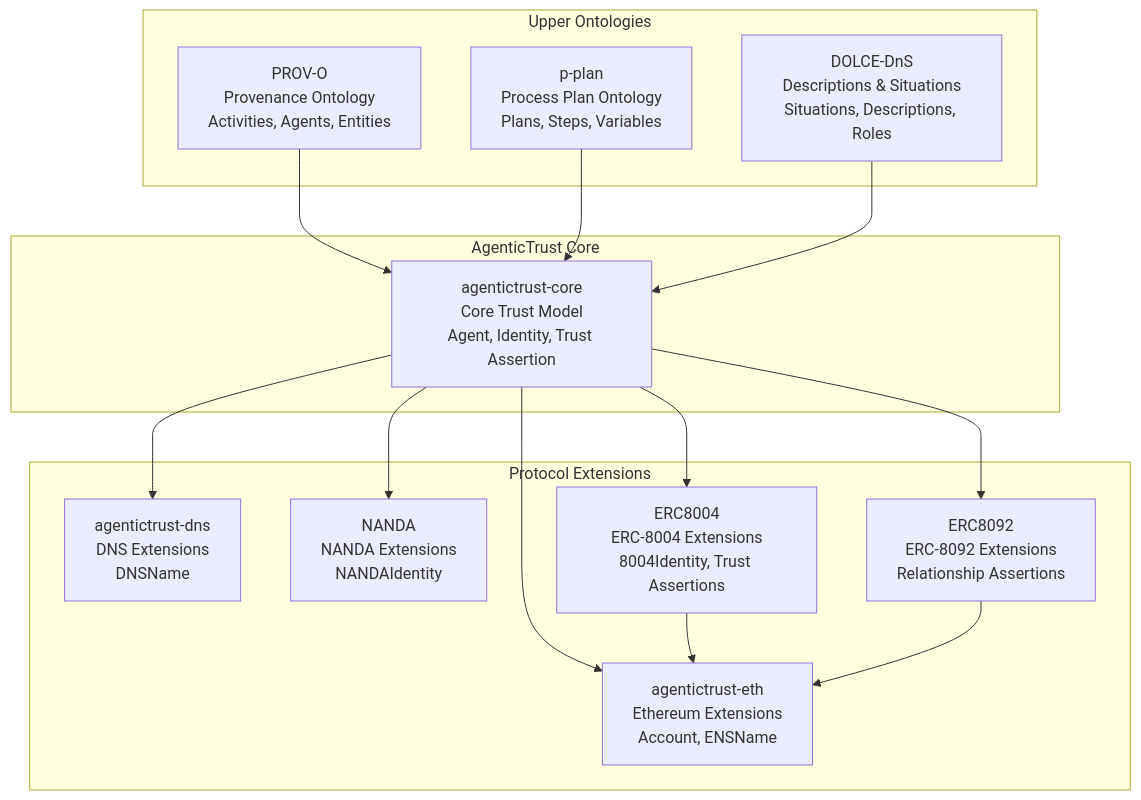
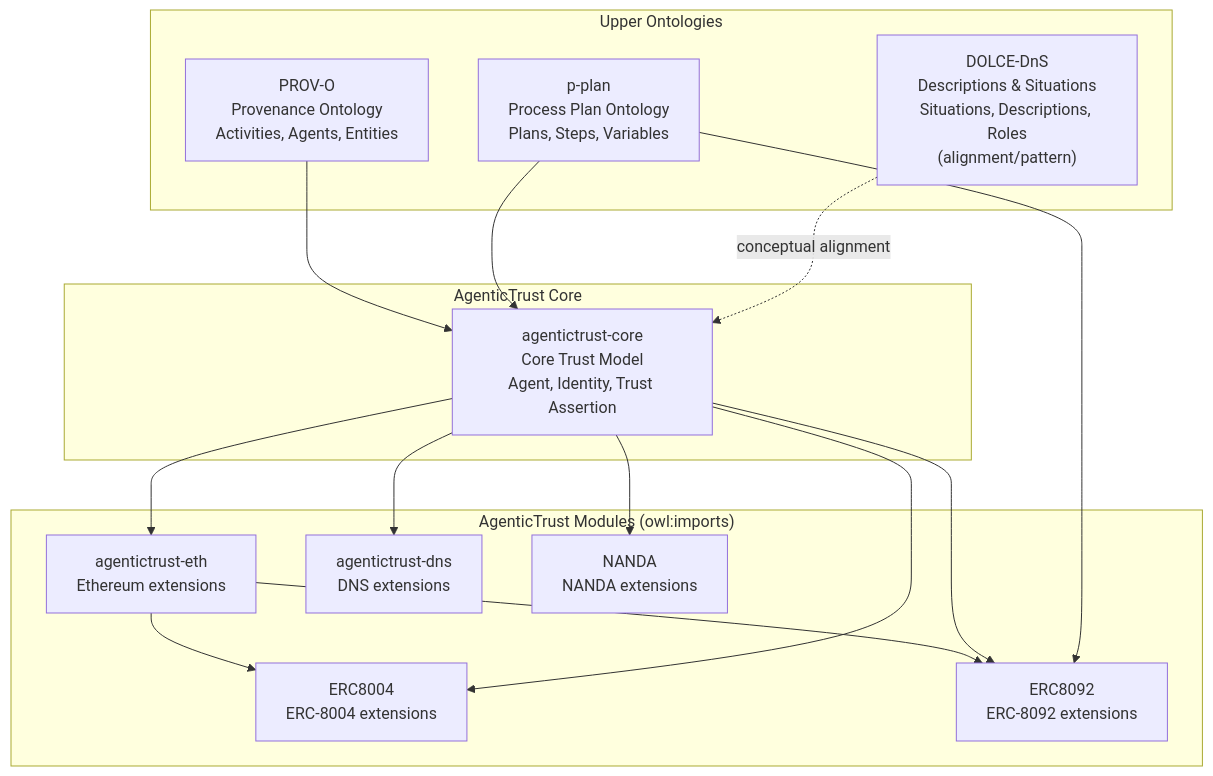
The diagram in docs/ontology/README.md (Agentic-Trust-Layer/agent-explorer), drawn with Mermaid before and after one commit. The commit also changed other lines of this file, not shown here.

````diff
--- a/docs/ontology/README.md
+++ b/docs/ontology/README.md
@@ -89,33 +77,34 @@
 ```mermaid
 graph TB
     subgraph "Upper Ontologies"
         PROV["PROV-O<br/>Provenance Ontology<br/>Activities, Agents, Entities"]
         PPLAN["p-plan<br/>Process Plan Ontology<br/>Plans, Steps, Variables"]
-        DOLCE["DOLCE-DnS<br/>Descriptions & Situations<br/>Situations, Descriptions, Roles"]
+        DOLCE["DOLCE-DnS<br/>Descriptions & Situations<br/>Situations, Descriptions, Roles<br/>(alignment/pattern)"]
     end
     
     subgraph "AgenticTrust Core"
         CORE["agentictrust-core<br/>Core Trust Model<br/>Agent, Identity, Trust Assertion"]
     end
     
-    subgraph "Protocol Extensions"
-        ETH["agentictrust-eth<br/>Ethereum Extensions<br/>Account, ENSName"]
-        DNS["agentictrust-dns<br/>DNS Extensions<br/>DNSName"]
-        NANDA["NANDA<br/>NANDA Extensions<br/>NANDAIdentity"]
-        ERC8004["ERC8004<br/>ERC-8004 Extensions<br/>8004Identity, Trust Assertions"]
-        ERC8092["ERC8092<br/>ERC-8092 Extensions<br/>Relationship Assertions"]
+    subgraph "AgenticTrust Modules (owl:imports)"
+        ETH["agentictrust-eth<br/>Ethereum extensions"]
+        DNS["agentictrust-dns<br/>DNS extensions"]
+        NANDA["NANDA<br/>NANDA extensions"]
+        ERC8004["ERC8004<br/>ERC-8004 extensions"]
+        ERC8092["ERC8092<br/>ERC-8092 extensions"]
     end
     
     PROV --> CORE
     PPLAN --> CORE
-    DOLCE --> CORE
-    
+    DOLCE -. "conceptual alignment" .-> CORE
+
     CORE --> ETH
     CORE --> DNS
     CORE --> NANDA
+
+    ETH --> ERC8004
+    ETH --> ERC8092
     CORE --> ERC8004
     CORE --> ERC8092
-    
-    ERC8004 --> ETH
-    ERC8092 --> ETH
+    PPLAN --> ERC8092
 ```
````
